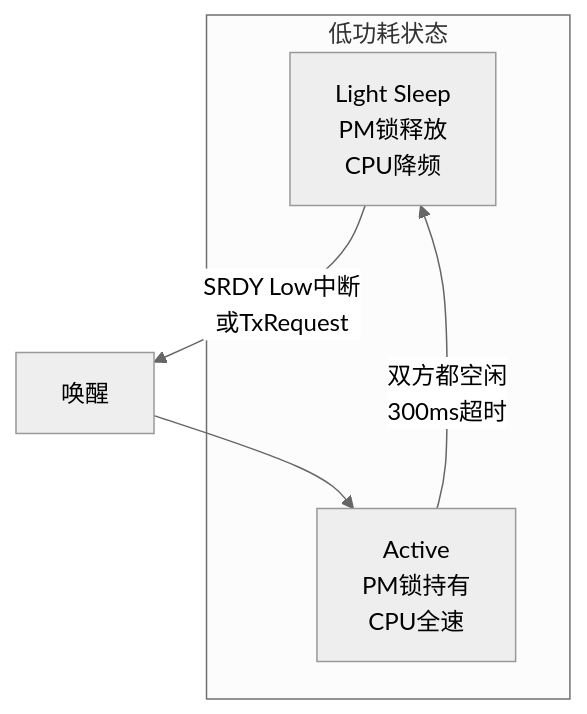
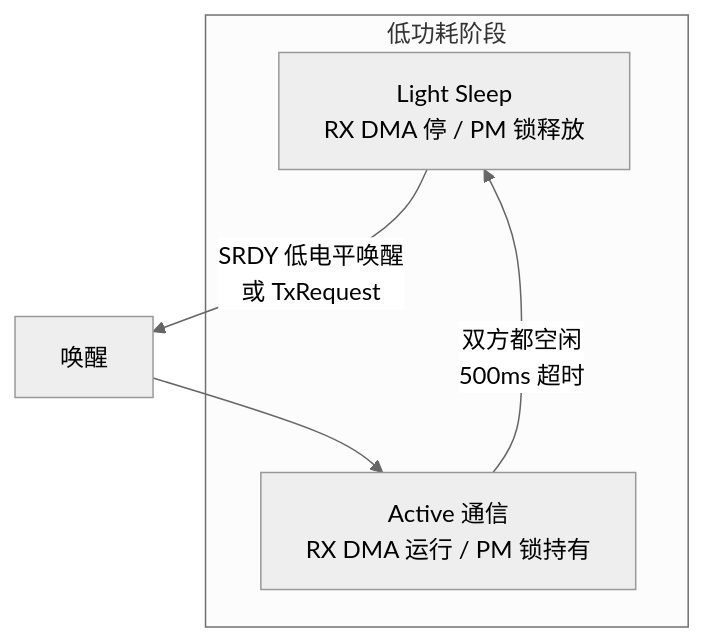
One commit to 78/uart-eth-modem changed diagram 18 of 22 in WORKING_PRINCIPLE.md. Above: the diagram before and after it, drawn with Mermaid (neutral theme). The commit also changed other lines of this file and 2 other files, not shown here.

````diff
--- a/WORKING_PRINCIPLE.md
+++ b/WORKING_PRINCIPLE.md
@@ -678,11 +688,11 @@
 ```mermaid
 graph TB
-    subgraph "低功耗状态"
-        SLEEP[Light Sleep<br/>PM锁释放<br/>CPU降频]
-        ACTIVE[Active<br/>PM锁持有<br/>CPU全速]
+    subgraph "低功耗阶段"
+        SLEEP[Light Sleep<br/>RX DMA 停 / PM 锁释放]
+        ACTIVE[Active 通信<br/>RX DMA 运行 / PM 锁持有]
     end
-    
-    SLEEP -->|SRDY Low中断<br/>或TxRequest| WAKE[唤醒]
+
+    SLEEP -->|SRDY 低电平唤醒<br/>或 TxRequest| WAKE[唤醒]
     WAKE --> ACTIVE
-    ACTIVE -->|双方都空闲<br/>300ms超时| SLEEP
+    ACTIVE -->|双方都空闲<br/>500ms 超时| SLEEP
 ```
````
